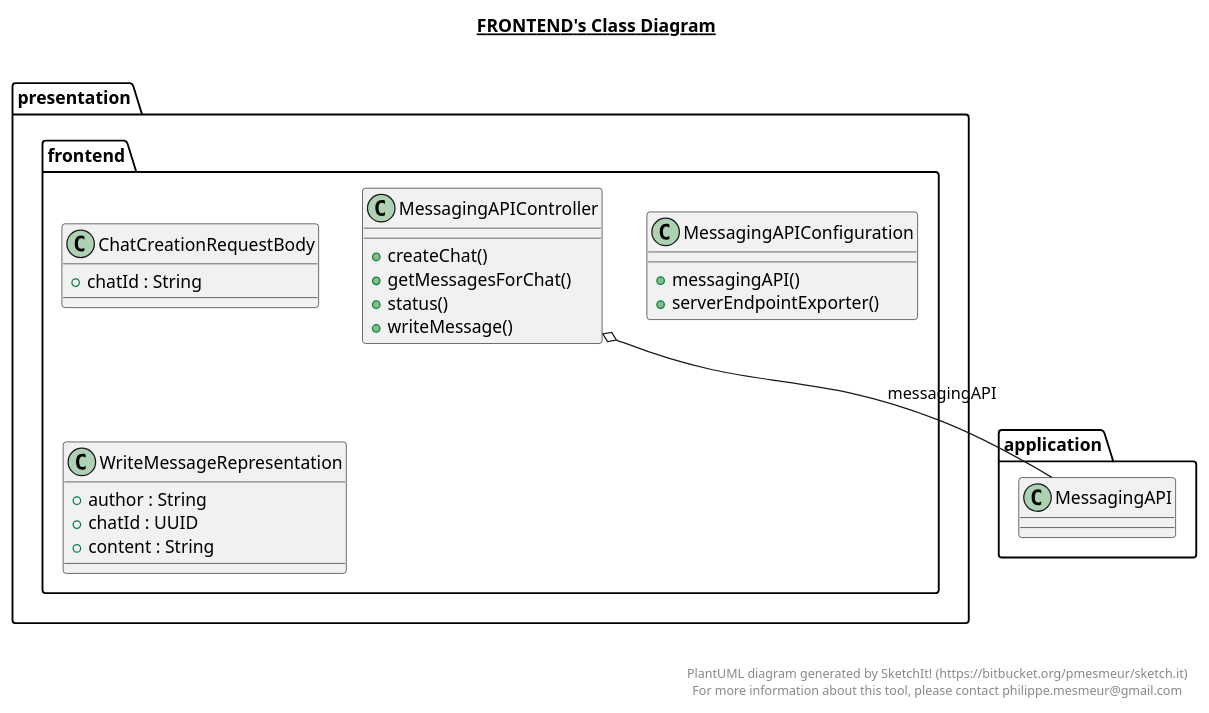
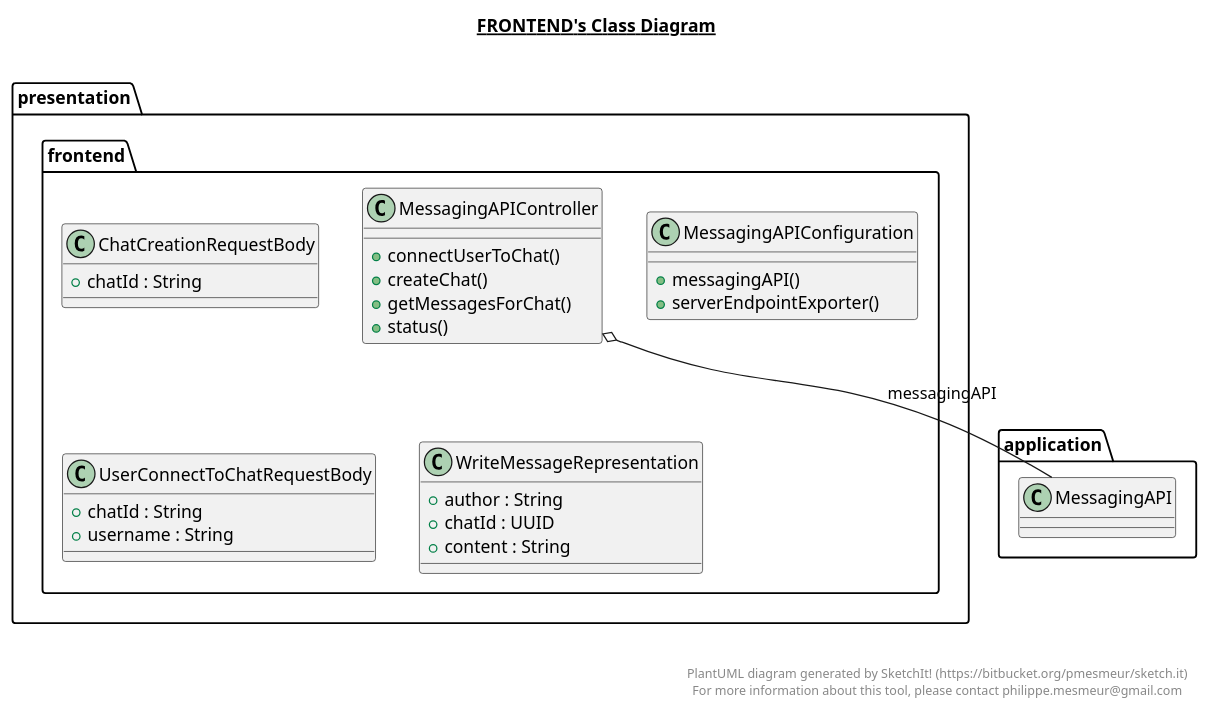
Before and after one commit to Hyphen133/Messanger: the diagram in messaging-api/src/main/java/presentation/frontend/frontend.plantuml, drawn with PlantUML. The commit also changed 9 other files, not shown here.

```diff
--- a/messaging-api/src/main/java/presentation/frontend/frontend.plantuml
+++ b/messaging-api/src/main/java/presentation/frontend/frontend.plantuml
@@ -1,57 +1,67 @@
 @startuml
 
 title __FRONTEND's Class Diagram__\n
 
   namespace presentation {
     namespace frontend {
       class presentation.frontend.ChatCreationRequestBody {
           + chatId : String
       }
     }
   }
   
 
   namespace presentation {
     namespace frontend {
       class presentation.frontend.MessagingAPIConfiguration {
           + messagingAPI()
           + serverEndpointExporter()
       }
     }
   }
   
 
   namespace presentation {
     namespace frontend {
       class presentation.frontend.MessagingAPIController {
+          + connectUserToChat()
           + createChat()
           + getMessagesForChat()
           + status()
-          + writeMessage()
+      }
+    }
+  }
+  
+
+  namespace presentation {
+    namespace frontend {
+      class presentation.frontend.UserConnectToChatRequestBody {
+          + chatId : String
+          + username : String
       }
     }
   }
   
 
   namespace presentation {
     namespace frontend {
       class presentation.frontend.WriteMessageRepresentation {
           + author : String
           + chatId : UUID
           + content : String
       }
     }
   }
   
 
   presentation.frontend.MessagingAPIController o-- application.MessagingAPI : messagingAPI
 
 
 right footer
 
 
 PlantUML diagram generated by SketchIt! (https://bitbucket.org/pmesmeur/sketch.it)
 For more information about this tool, please contact philippe.mesmeur@gmail.com
 endfooter
 
 @enduml
```
